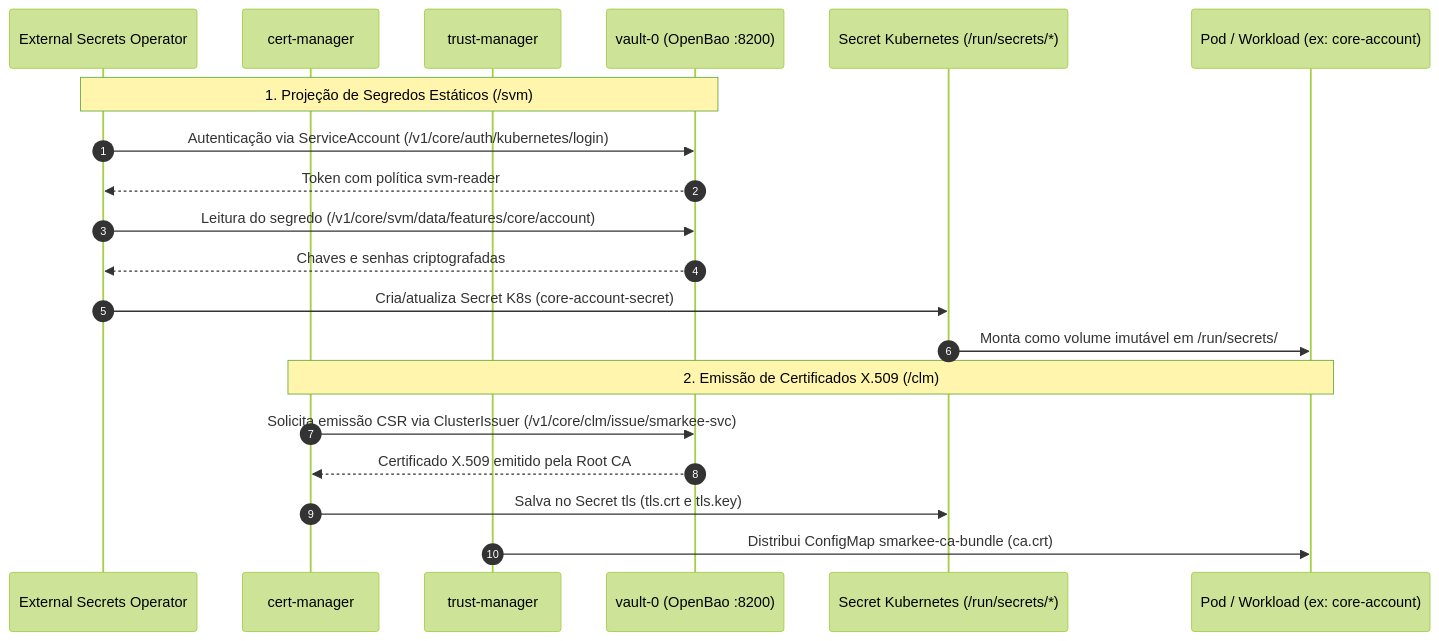
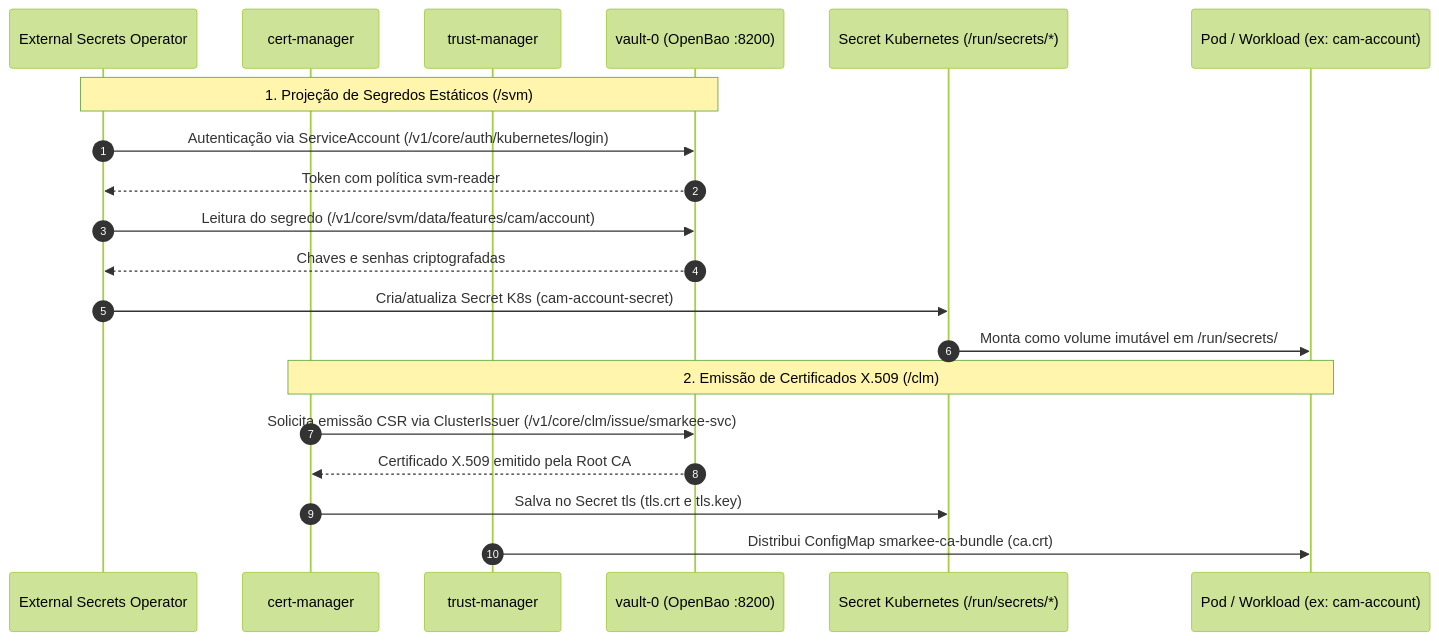
Before and after one commit to danielsabatini/smarkee: the third of 9 diagrams in docs/infrastructure/k8s/INFRASTRUCTURE.md, drawn with Mermaid (forest theme). The commit also changed other lines of this file and 44 other files, not shown here.

First line of the commit message:
docs: alinha documentacao ao modulo cam, 10 features e ao cluster Kubernetes

````diff
--- a/docs/infrastructure/k8s/INFRASTRUCTURE.md
+++ b/docs/infrastructure/k8s/INFRASTRUCTURE.md
@@ -367,24 +367,24 @@
 ```mermaid
 sequenceDiagram
   autonumber
   participant ESO as External Secrets Operator
   participant CM as cert-manager
   participant TM as trust-manager
   participant Vault as vault-0 (OpenBao :8200)
   participant K8sSec as Secret Kubernetes (/run/secrets/*)
-  participant Workload as Pod / Workload (ex: core-account)
+  participant Workload as Pod / Workload (ex: cam-account)
 
   Note over ESO,Vault: 1. Projeção de Segredos Estáticos (/svm)
   ESO->>Vault: Autenticação via ServiceAccount (/v1/core/auth/kubernetes/login)
   Vault-->>ESO: Token com política svm-reader
-  ESO->>Vault: Leitura do segredo (/v1/core/svm/data/features/core/account)
+  ESO->>Vault: Leitura do segredo (/v1/core/svm/data/features/cam/account)
   Vault-->>ESO: Chaves e senhas criptografadas
-  ESO->>K8sSec: Cria/atualiza Secret K8s (core-account-secret)
+  ESO->>K8sSec: Cria/atualiza Secret K8s (cam-account-secret)
   K8sSec->>Workload: Monta como volume imutável em /run/secrets/
 
   Note over CM,Workload: 2. Emissão de Certificados X.509 (/clm)
   CM->>Vault: Solicita emissão CSR via ClusterIssuer (/v1/core/clm/issue/smarkee-svc)
   Vault-->>CM: Certificado X.509 emitido pela Root CA
   CM->>K8sSec: Salva no Secret tls (tls.crt e tls.key)
   TM->>Workload: Distribui ConfigMap smarkee-ca-bundle (ca.crt)
 ```
````
